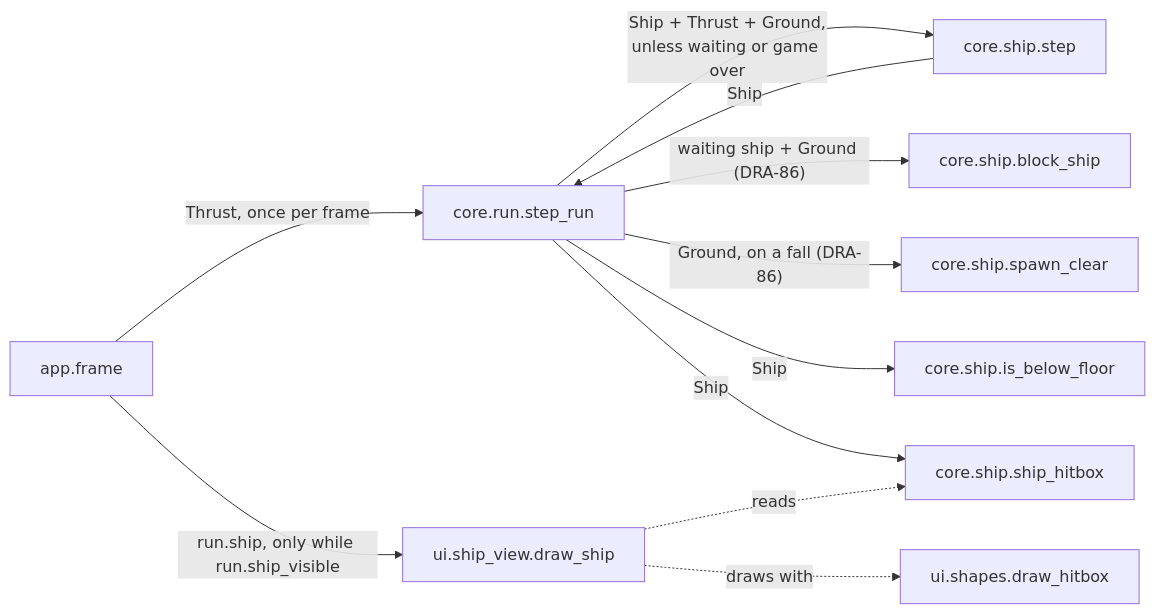
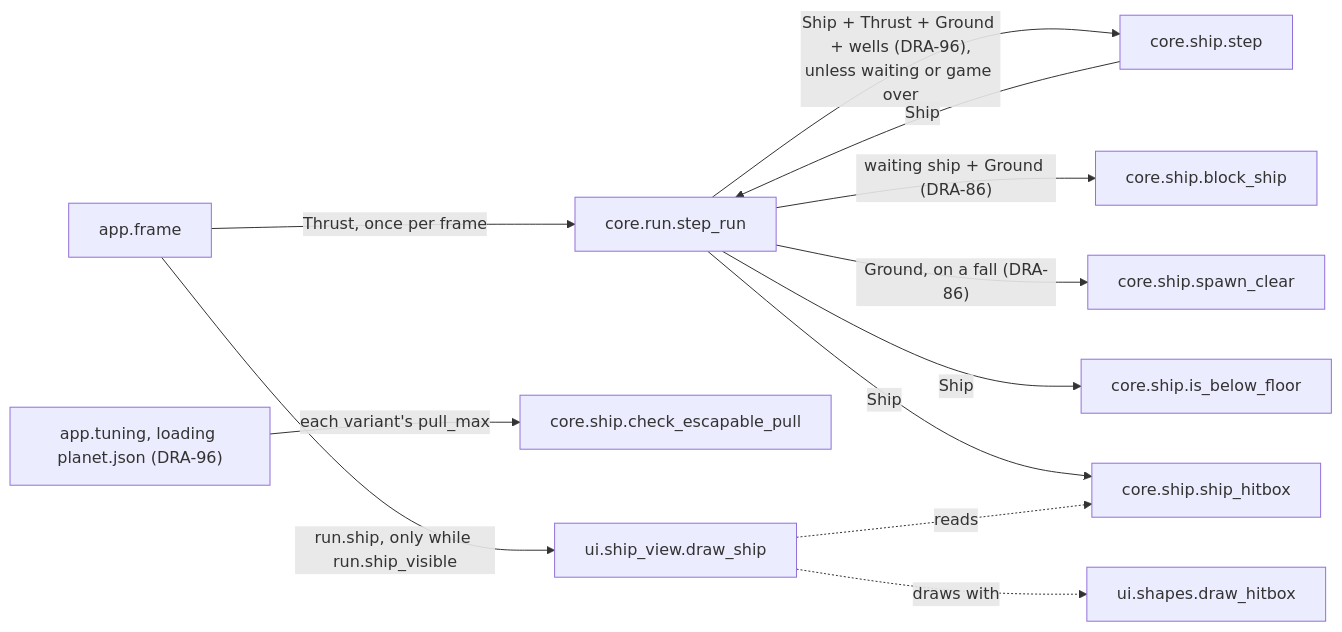
One commit to david-mntl/driftward-ace changed the second of 2 diagrams in docs/contracts/systems/ship.md. Above: the diagram before and after it, drawn with Mermaid. The commit also changed other lines of this file and 14 other files, not shown here.

Commit message:
docs(contracts): add DRA-96 planet tasks and tuning schema; update drifters, ship, run, app contracts and wave and debug spawn schemas

````diff
--- a/docs/contracts/systems/ship.md
+++ b/docs/contracts/systems/ship.md
@@ -92,13 +113,14 @@
 ```mermaid
 flowchart LR
   APP["app.frame"] -- "Thrust, once per frame" --> RUN["core.run.step_run"]
-  RUN -- "Ship + Thrust + Ground,<br/>unless waiting or game over" --> STEP["core.ship.step"]
+  RUN -- "Ship + Thrust + Ground + wells (DRA-96),<br/>unless waiting or game over" --> STEP["core.ship.step"]
+  TUN["app.tuning, loading planet.json (DRA-96)"] -- "each variant's pull_max" --> ESC["core.ship.check_escapable_pull"]
   STEP -- "Ship" --> RUN
   RUN -- "waiting ship + Ground (DRA-86)" --> BLK["core.ship.block_ship"]
   RUN -- "Ground, on a fall (DRA-86)" --> SC["core.ship.spawn_clear"]
   RUN -- "Ship" --> FL["core.ship.is_below_floor"]
   RUN -- "Ship" --> HB["core.ship.ship_hitbox"]
   APP -- "run.ship, only while run.ship_visible" --> VIEW["ui.ship_view.draw_ship"]
   VIEW -. "reads" .-> HB
   VIEW -. "draws with" .-> SHP["ui.shapes.draw_hitbox"]
 ```
````
